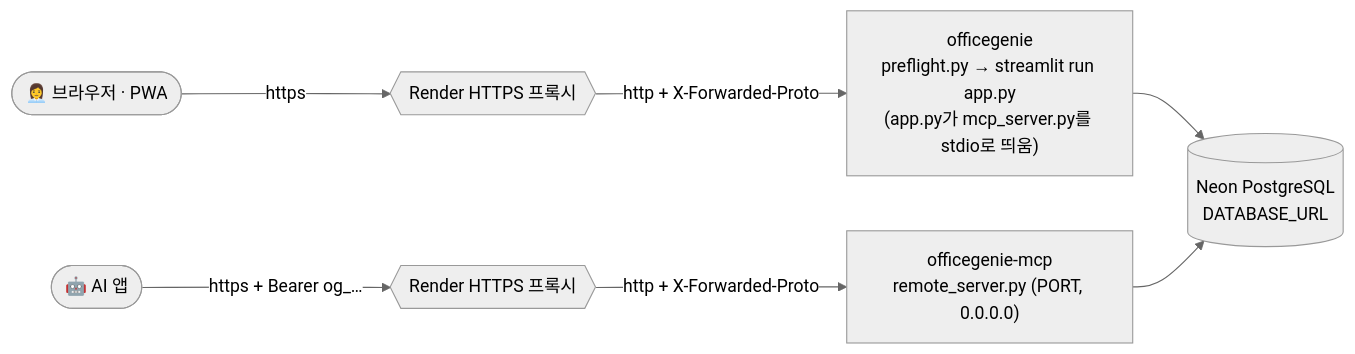
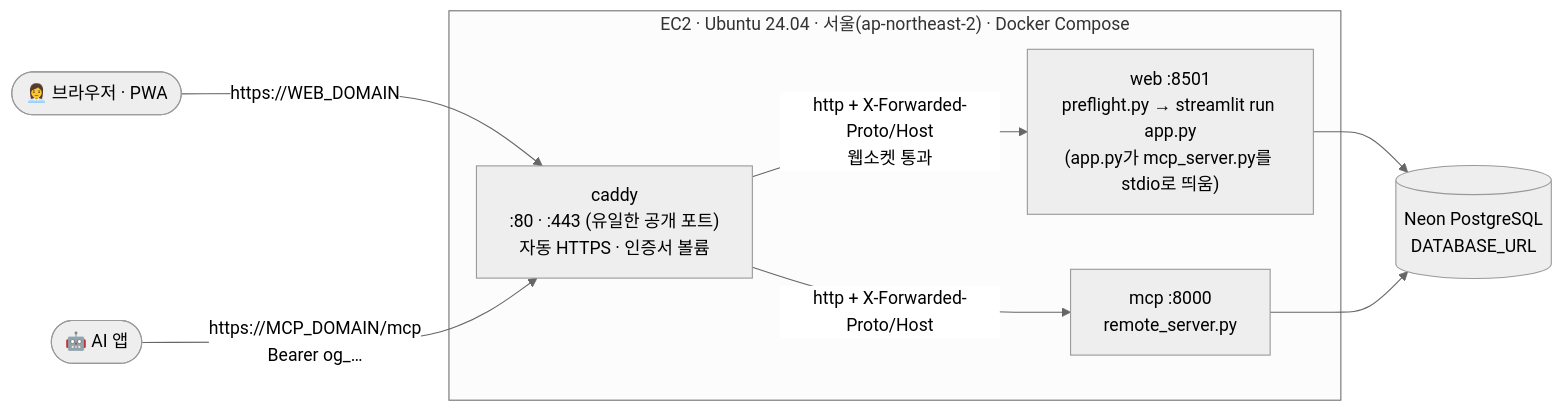
Before and after one commit to Byun-Gwan-Young/OG: the second of 2 diagrams in docs/architecture.md, drawn with Mermaid (neutral theme). The commit also changed other lines of this file and 6 other files, not shown here.

````diff
--- a/docs/architecture.md
+++ b/docs/architecture.md
@@ -47,9 +47,12 @@
 ```mermaid
 flowchart LR
-    B([👩‍💼 브라우저 · PWA]) -->|https| P1{{Render HTTPS 프록시}}
-    C([🤖 AI 앱]) -->|"https + Bearer og_…"| P2{{Render HTTPS 프록시}}
-    P1 -->|"http + X-Forwarded-Proto"| W["officegenie<br/>preflight.py → streamlit run app.py<br/>(app.py가 mcp_server.py를 stdio로 띄움)"]
-    P2 -->|"http + X-Forwarded-Proto"| M["officegenie-mcp<br/>remote_server.py (PORT, 0.0.0.0)"]
+    B([👩‍💼 브라우저 · PWA]) -->|"https://WEB_DOMAIN"| C
+    A([🤖 AI 앱]) -->|"https://MCP_DOMAIN/mcp<br/>Bearer og_…"| C
+    subgraph EC2["EC2 · Ubuntu 24.04 · 서울(ap-northeast-2) · Docker Compose"]
+        C["caddy<br/>:80 · :443 (유일한 공개 포트)<br/>자동 HTTPS · 인증서 볼륨"]
+        C -->|"http + X-Forwarded-Proto/Host<br/>웹소켓 통과"| W["web :8501<br/>preflight.py → streamlit run app.py<br/>(app.py가 mcp_server.py를 stdio로 띄움)"]
+        C -->|"http + X-Forwarded-Proto/Host"| M["mcp :8000<br/>remote_server.py"]
+    end
     W --> N[(Neon PostgreSQL<br/>DATABASE_URL)]
     M --> N
 ```
````
